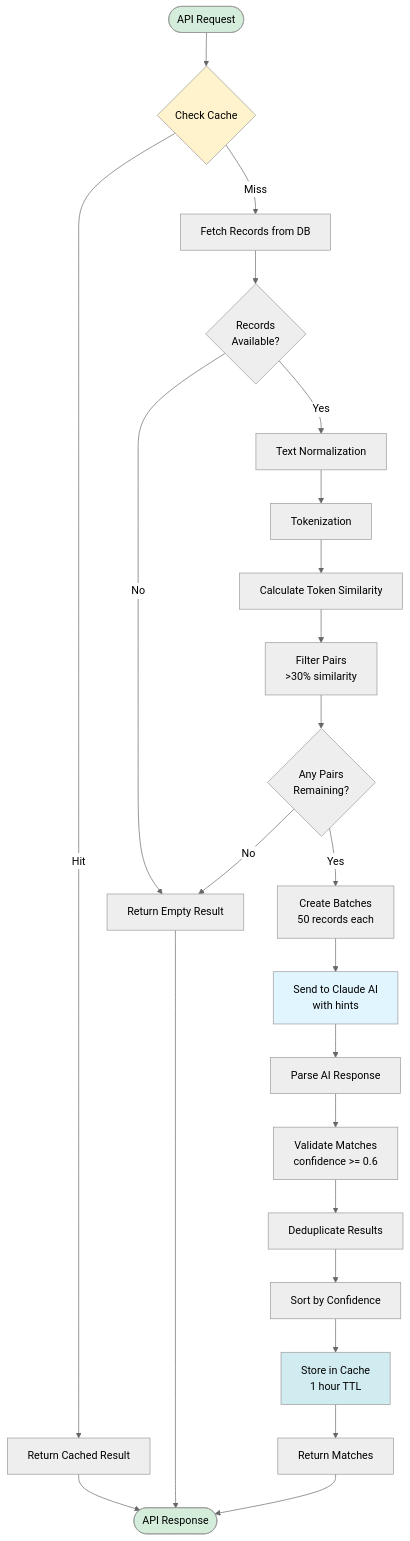
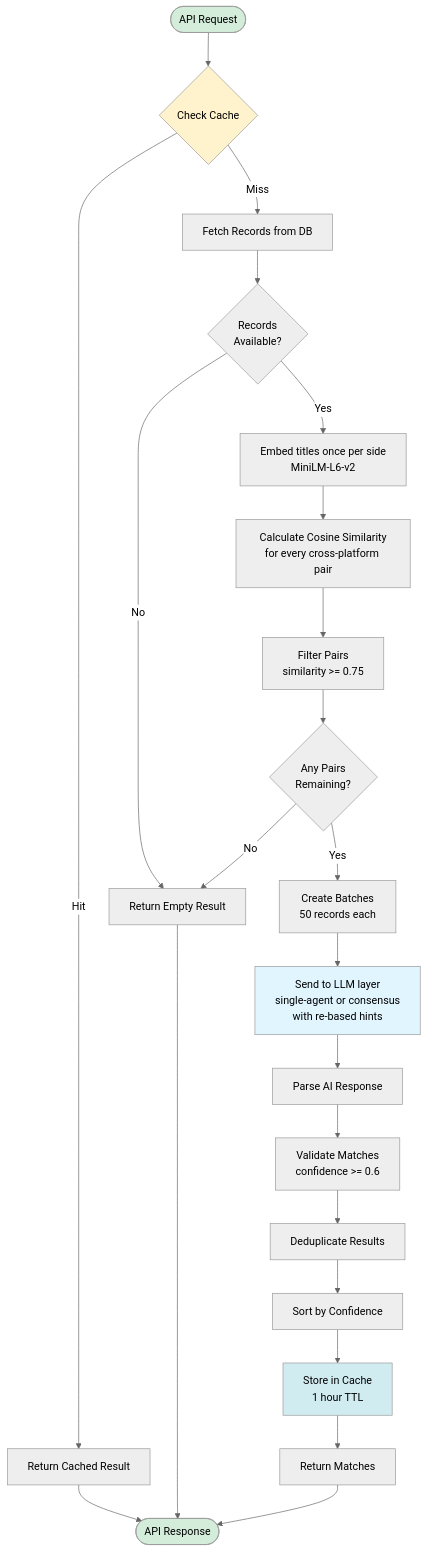
Before and after one commit to ivaaak/PredictionMarket-Arbitrage: the fourth of 8 diagrams in docs/architecture.md, drawn with Mermaid (neutral theme). The commit also changed other lines of this file and 40 other files, not shown here.

````diff
--- a/docs/architecture.md
+++ b/docs/architecture.md
@@ -169,37 +177,36 @@
 ```mermaid
 flowchart TD
     START([API Request]) --> CACHE_CHECK{Check Cache}
     CACHE_CHECK -->|Hit| RETURN_CACHED[Return Cached Result]
     CACHE_CHECK -->|Miss| FETCH[Fetch Records from DB]
     
     FETCH --> CHECK_RECORDS{Records<br/>Available?}
     CHECK_RECORDS -->|No| EMPTY[Return Empty Result]
-    CHECK_RECORDS -->|Yes| NORMALIZE[Text Normalization]
+    CHECK_RECORDS -->|Yes| EMBED[Embed titles once per side<br/>MiniLM-L6-v2]
     
-    NORMALIZE --> TOKENIZE[Tokenization]
-    TOKENIZE --> SIMILARITY[Calculate Token Similarity]
-    SIMILARITY --> FILTER[Filter Pairs<br/>>30% similarity]
+    EMBED --> SIMILARITY[Calculate Cosine Similarity<br/>for every cross-platform pair]
+    SIMILARITY --> FILTER[Filter Pairs<br/>similarity >= 0.75]
     
     FILTER --> CHECK_FILTERED{Any Pairs<br/>Remaining?}
     CHECK_FILTERED -->|No| EMPTY
     CHECK_FILTERED -->|Yes| BATCH[Create Batches<br/>50 records each]
     
-    BATCH --> AI_PROCESS[Send to Claude AI<br/>with hints]
+    BATCH --> AI_PROCESS[Send to LLM layer<br/>single-agent or consensus<br/>with re-based hints]
     AI_PROCESS --> PARSE[Parse AI Response]
     PARSE --> VALIDATE[Validate Matches<br/>confidence >= 0.6]
     
     VALIDATE --> DEDUPE[Deduplicate Results]
     DEDUPE --> SORT[Sort by Confidence]
     SORT --> CACHE_STORE[Store in Cache<br/>1 hour TTL]
     
     CACHE_STORE --> RETURN[Return Matches]
     RETURN_CACHED --> END([API Response])
     RETURN --> END
     EMPTY --> END
     
     style START fill:#d4edda
     style END fill:#d4edda
     style CACHE_CHECK fill:#fff3cd
     style AI_PROCESS fill:#e1f5ff
     style CACHE_STORE fill:#d1ecf1
 ```
````
